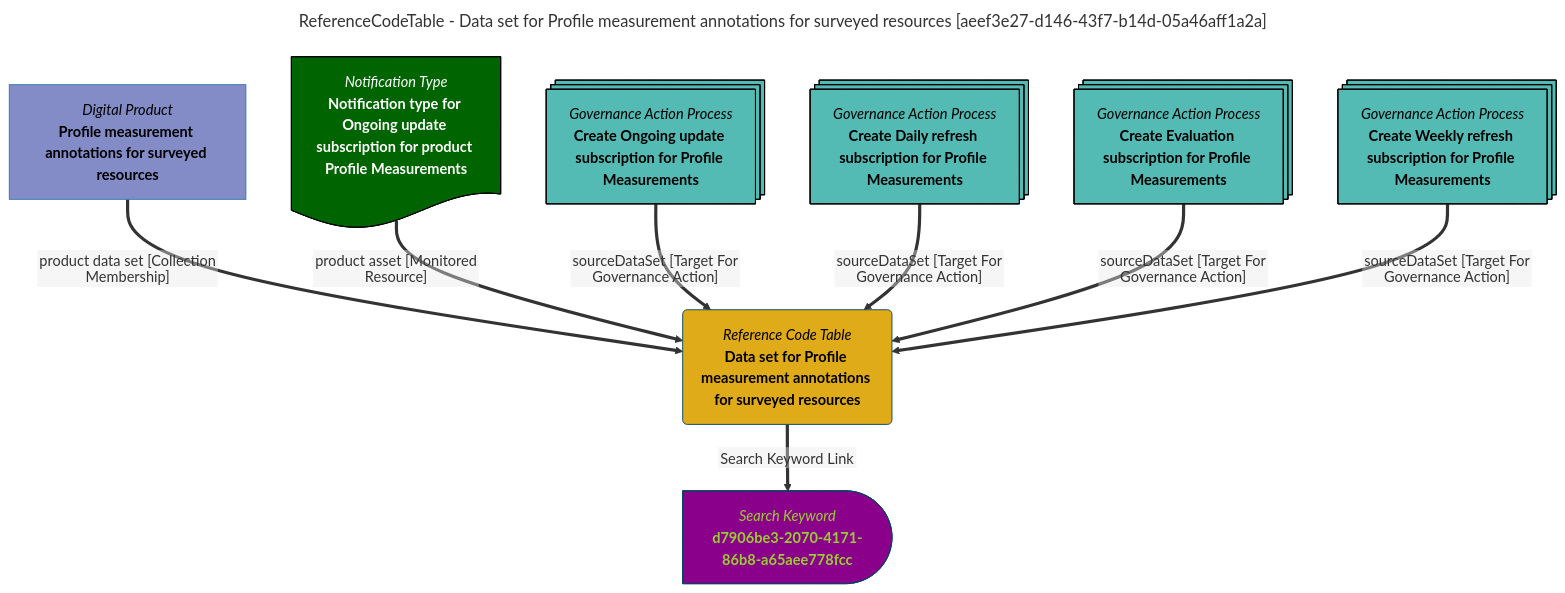
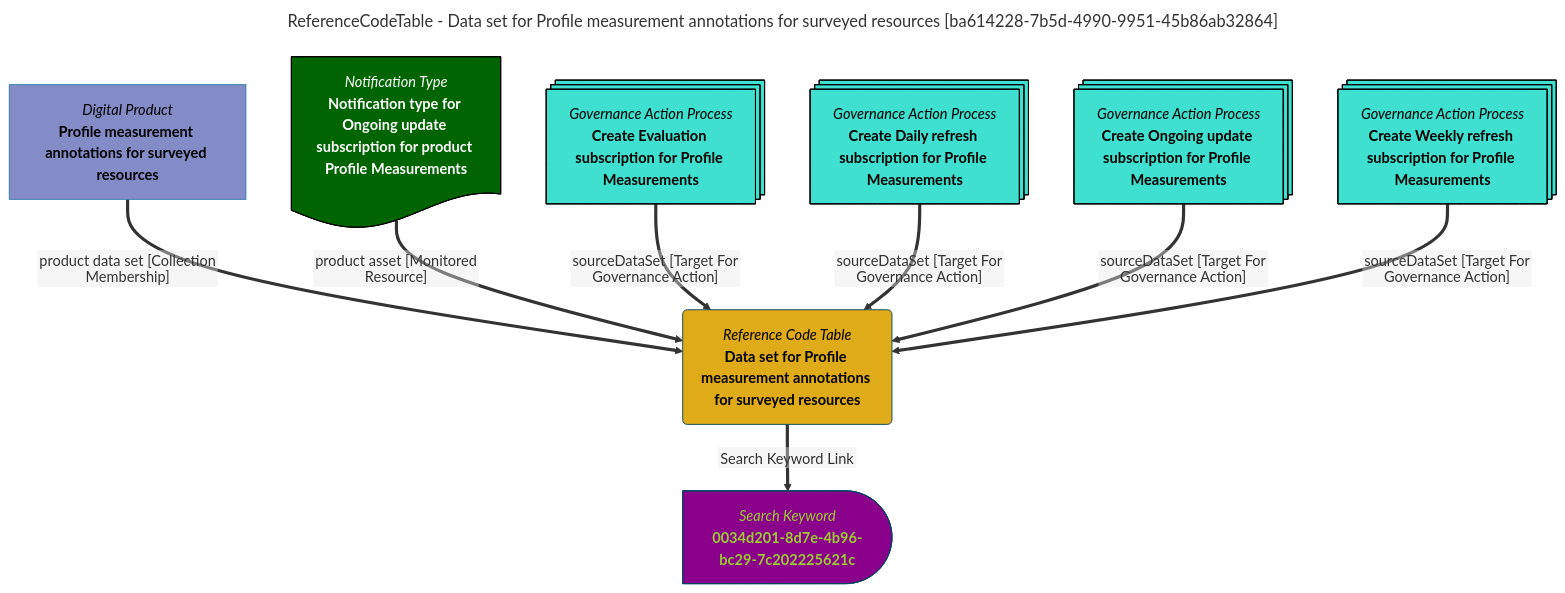
The diagram in site/snippets/data-assets/data-set-for-profile-measurement-annotations-for-surveyed-resources-mermaid-graph.md (odpi/egeria-docs), drawn with Mermaid before and after one commit. The commit also changed 2201 other files, not shown here.

````diff
--- a/site/snippets/data-assets/data-set-for-profile-measurement-annotations-for-surveyed-resources-mermaid-graph.md
+++ b/site/snippets/data-assets/data-set-for-profile-measurement-annotations-for-surveyed-resources-mermaid-graph.md
@@ -1,39 +1,39 @@
 ```mermaid
 ---
-title: ReferenceCodeTable - Data set for Profile measurement annotations for surveyed resources [aeef3e27-d146-43f7-b14d-05a46aff1a2a]
+title: ReferenceCodeTable - Data set for Profile measurement annotations for surveyed resources [ba614228-7b5d-4990-9951-45b86ab32864]
 ---
 flowchart TD
 %%{init: {"flowchart": {"htmlLabels": false}} }%%
 
 1@{ shape: rounded, label: "*Reference Code Table*
 **Data set for Profile measurement annotations for surveyed resources**"}
 2@{ shape: delay, label: "*Search Keyword*
-**d7906be3-2070-4171-86b8-a65aee778fcc**"}
+**0034d201-8d7e-4b96-bc29-7c202225621c**"}
 1==>|"Search Keyword Link"|2
 3@{ shape: rect, label: "*Digital Product*
 **Profile measurement annotations for surveyed resources**"}
 3==>|"product data set [Collection Membership]"|1
 4@{ shape: doc, label: "*Notification Type*
 **Notification type for Ongoing update subscription for product Profile Measurements**"}
 4==>|"product asset [Monitored Resource]"|1
 5@{ shape: processes, label: "*Governance Action Process*
-**Create Ongoing update subscription for Profile Measurements**"}
+**Create Evaluation subscription for Profile Measurements**"}
 5==>|"sourceDataSet [Target For Governance Action]"|1
 6@{ shape: processes, label: "*Governance Action Process*
 **Create Daily refresh subscription for Profile Measurements**"}
 6==>|"sourceDataSet [Target For Governance Action]"|1
 7@{ shape: processes, label: "*Governance Action Process*
-**Create Evaluation subscription for Profile Measurements**"}
+**Create Ongoing update subscription for Profile Measurements**"}
 7==>|"sourceDataSet [Target For Governance Action]"|1
 8@{ shape: processes, label: "*Governance Action Process*
 **Create Weekly refresh subscription for Profile Measurements**"}
 8==>|"sourceDataSet [Target For Governance Action]"|1
 style 1 color:#000000, fill:#e0ab18, stroke:#004563
-style 2 color:#9acd32, fill:#8b008b, stroke:#004563
+style 2 color:#9ACD32, fill:#8B008B, stroke:#004563
 style 3 color:#000000, fill:#838cc7, stroke:#3079ab
 style 4 color:#FFFFFF, fill:#006400, stroke:#000000
-style 5 color:#000000, fill:#53bbb4, stroke:#000000
-style 6 color:#000000, fill:#53bbb4, stroke:#000000
-style 7 color:#000000, fill:#53bbb4, stroke:#000000
-style 8 color:#000000, fill:#53bbb4, stroke:#000000
+style 5 color:#000000, fill:#40E0D0, stroke:#000000
+style 6 color:#000000, fill:#40E0D0, stroke:#000000
+style 7 color:#000000, fill:#40E0D0, stroke:#000000
+style 8 color:#000000, fill:#40E0D0, stroke:#000000
 ```
````
